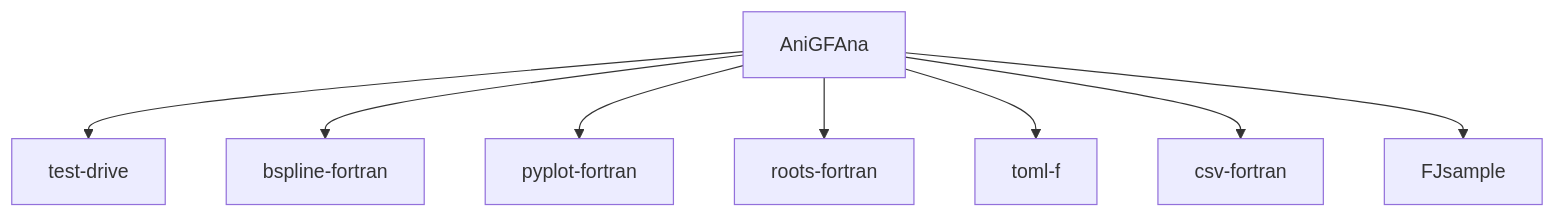
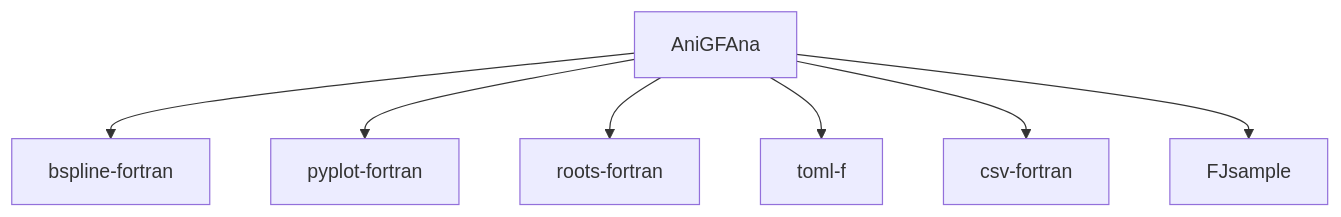
One commit to RJaBi/AnisoGradientFlowAnalysis changed the diagram in README.md. Above: the diagram before and after it, drawn with Mermaid. The commit also changed 1 other file, not shown here.

Commit message:
Point at FJsample on fastsum gitlab instead of Ryans github

````diff
--- a/README.md
+++ b/README.md
@@ -76,25 +76,22 @@
 ```mermaid
 flowchart TB
   N1[AniGFAna]
-  N2[test-drive]
-  N3[bspline-fortran]
-  N4[pyplot-fortran]
-  N5[roots-fortran]
-  N6[toml-f]
-  N7[csv-fortran]
-  N8[FJsample]
-  click N2 href "https://github.com/fortran-lang/test-drive" "The simple testing framework"
-  click N3 href "https://github.com/jacobwilliams/bspline-fortran" "Multidimensional B-Spline Interpolation of Data on a Regular Grid"
-  click N4 href "https://github.com/jacobwilliams/pyplot-fortran" "A simple module for generating plots from Fortran using Python's matplotlib.pyplot."
-  click N5 href "https://github.com/jacobwilliams/roots-fortran" "A library for finding the roots of continuous scalar functions of a single real variable"
-  click N6 href "https://toml-f.github.io/toml-f" "TOML parser implementation for data serialization and deserialization"
-  click N7 href "https://github.com/jacobwilliams/csv-fortran" "Read and Write CSV Files Using Modern Fortran"
-  click N8 href "https://github.com/RJaBi/FJsample" "Jackknife & bootstrap resampling in Fortran with python bindings"
+  N2[bspline-fortran]
+  N3[pyplot-fortran]
+  N4[roots-fortran]
+  N5[toml-f]
+  N6[csv-fortran]
+  N7[FJsample]
+  click N2 href "https://github.com/jacobwilliams/bspline-fortran" "Multidimensional B-Spline Interpolation of Data on a Regular Grid"
+  click N3 href "https://github.com/jacobwilliams/pyplot-fortran" "A simple module for generating plots from Fortran using Python's matplotlib.pyplot."
+  click N4 href "https://github.com/jacobwilliams/roots-fortran" "A library for finding the roots of continuous scalar functions of a single real variable"
+  click N5 href "https://toml-f.github.io/toml-f" "TOML parser implementation for data serialization and deserialization"
+  click N6 href "https://github.com/jacobwilliams/csv-fortran" "Read and Write CSV Files Using Modern Fortran"
+  click N7 href "https://gitlab.com/fastsum/wilsonflow/FJsample" "Jackknife & bootstrap resampling in Fortran with python bindings"
   N1-->N2
   N1-->N3
   N1-->N4
   N1-->N5
   N1-->N6
   N1-->N7
-  N1-->N8
 ```
````
